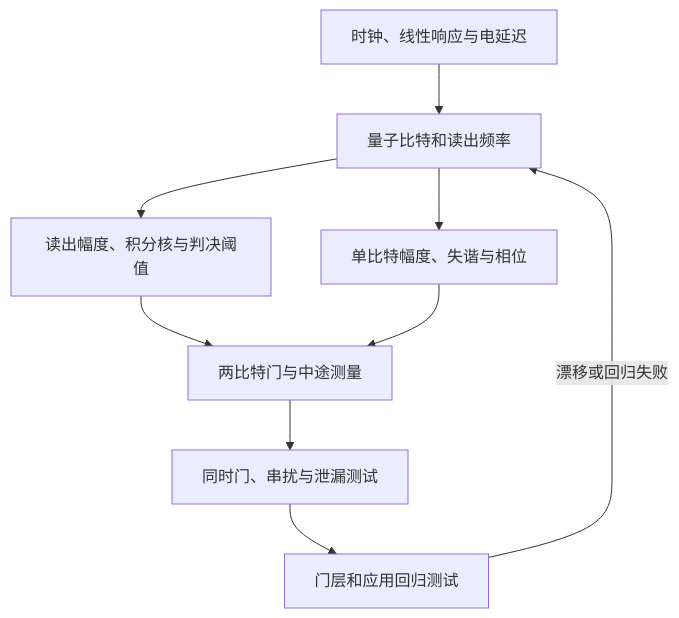
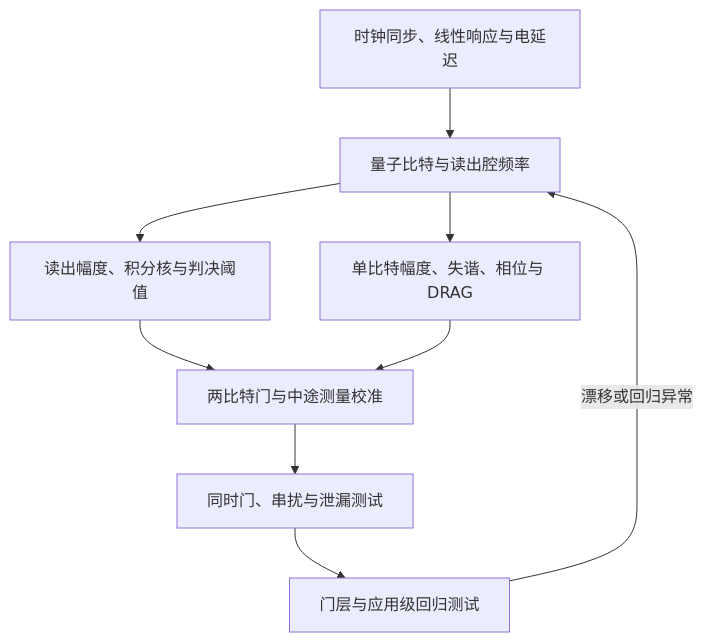
One commit to nanless/quantum-computing-handbook changed the second of 3 diagrams in handbook/14-compilation-control.md. Above: the diagram before and after it, drawn with Mermaid. The commit also changed other lines of this file and 386 other files, not shown here.

````diff
--- a/handbook/14-compilation-control.md
+++ b/handbook/14-compilation-control.md
@@ -339,11 +1236,11 @@
 ```mermaid
 flowchart TD
-  A[时钟、线性响应与电延迟] --> B[量子比特和读出频率]
-  B --> C[读出幅度、积分核与判决阈值]
-  B --> D[单比特幅度、失谐与相位]
-  C --> E[两比特门与中途测量]
+  A["时钟同步、线性响应与电延迟"] --> B["量子比特与读出腔频率"]
+  B --> C["读出幅度、积分核与判决阈值"]
+  B --> D["单比特幅度、失谐、相位与 DRAG"]
+  C --> E["两比特门与中途测量校准"]
   D --> E
-  E --> F[同时门、串扰与泄漏测试]
-  F --> G[门层和应用回归测试]
-  G -->|漂移或回归失败| B
+  E --> F["同时门、串扰与泄漏测试"]
+  F --> G["门层与应用级回归测试"]
+  G -->|"漂移或回归异常"| B
 ```
````
